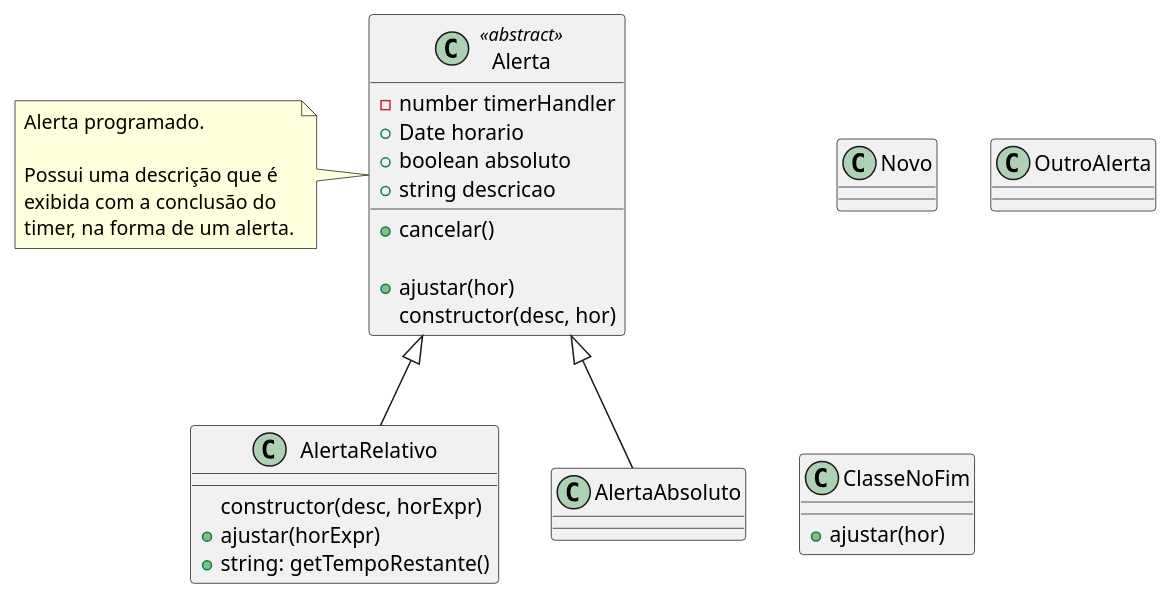
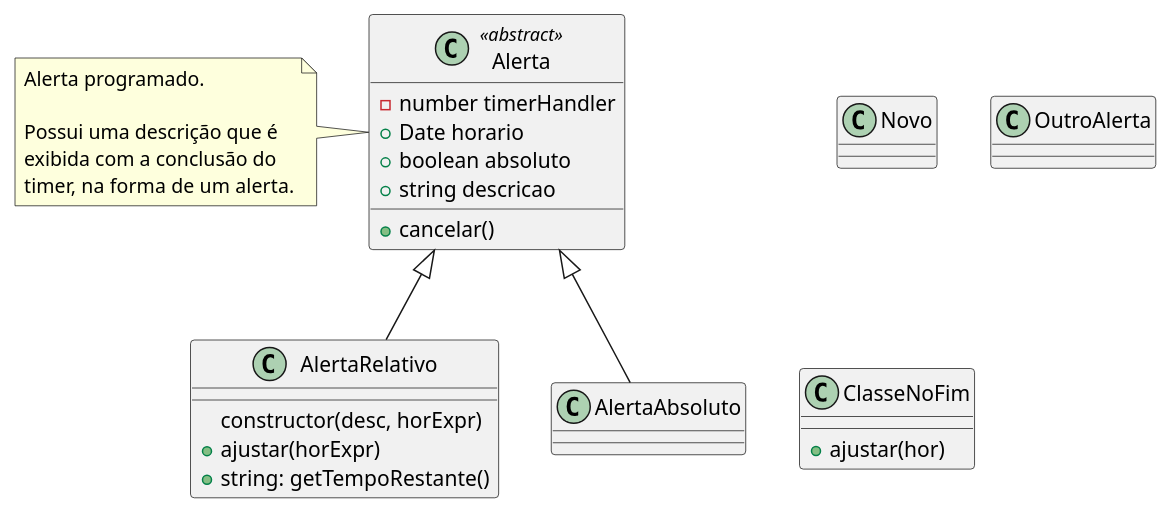
Before and after one commit to rafaritz/plantuml-demo: the diagram in classes.puml, drawn with PlantUML.

Commit message:
Cria number teste em alerta

```diff
--- a/classes.puml
+++ b/classes.puml
@@ -1,42 +1,39 @@
 @startuml "Classes"
 
 top to bottom direction
 
 class Novo{
   'não faz nada
 }
 
 class OutroAlerta{
 }
 
 class Alerta <<abstract>> {
   - number timerHandler
   + Date horario
   + boolean absoluto
   + string descricao
   + cancelar()
-
-  + ajustar(hor)
-  constructor(desc, hor)
 }
 note left of Alerta : Alerta programado.\n\nPossui uma descrição que é\nexibida com a conclusão do\ntimer, na forma de um alerta.
 
 class AlertaRelativo {
   constructor(desc, horExpr)
   + ajustar(horExpr)
   + string: getTempoRestante()
 }
 
 
 
 
 
 class ClasseNoFim{
   + ajustar(hor)
 }
 
 
 Alerta <|-- AlertaRelativo
 Alerta <|-- AlertaAbsoluto
 
 @enduml
```
